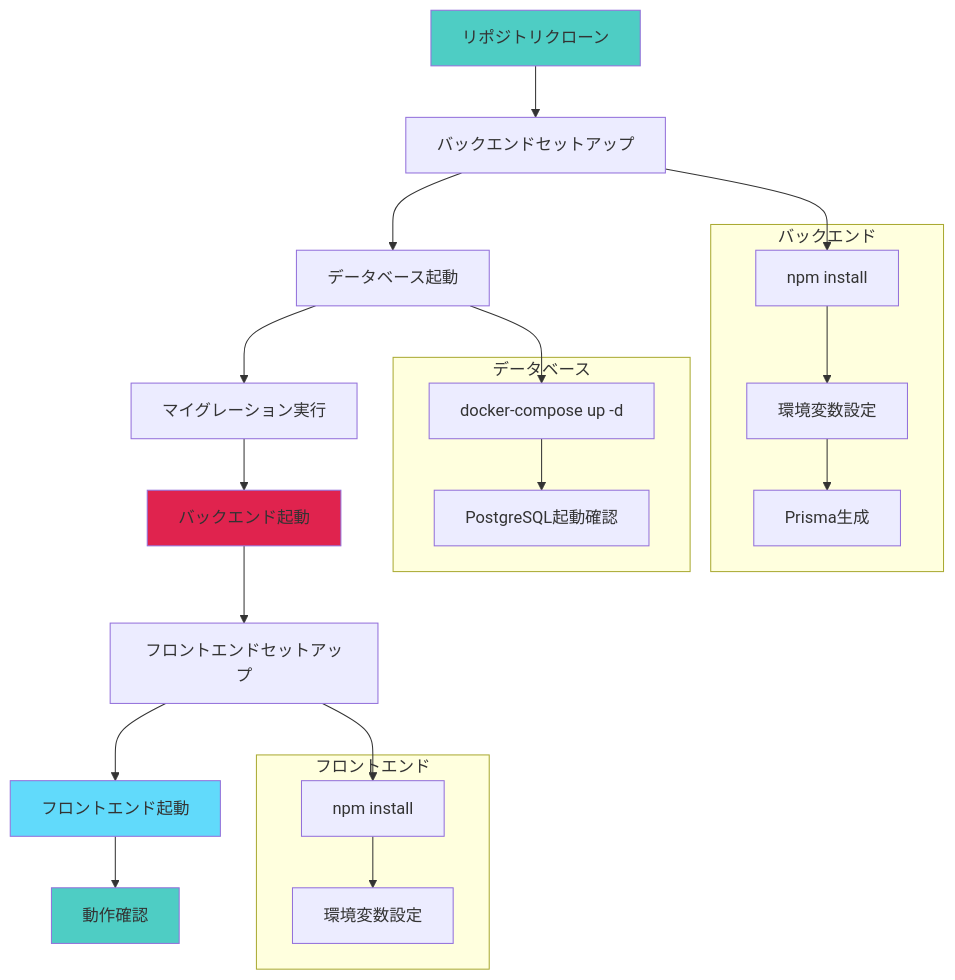
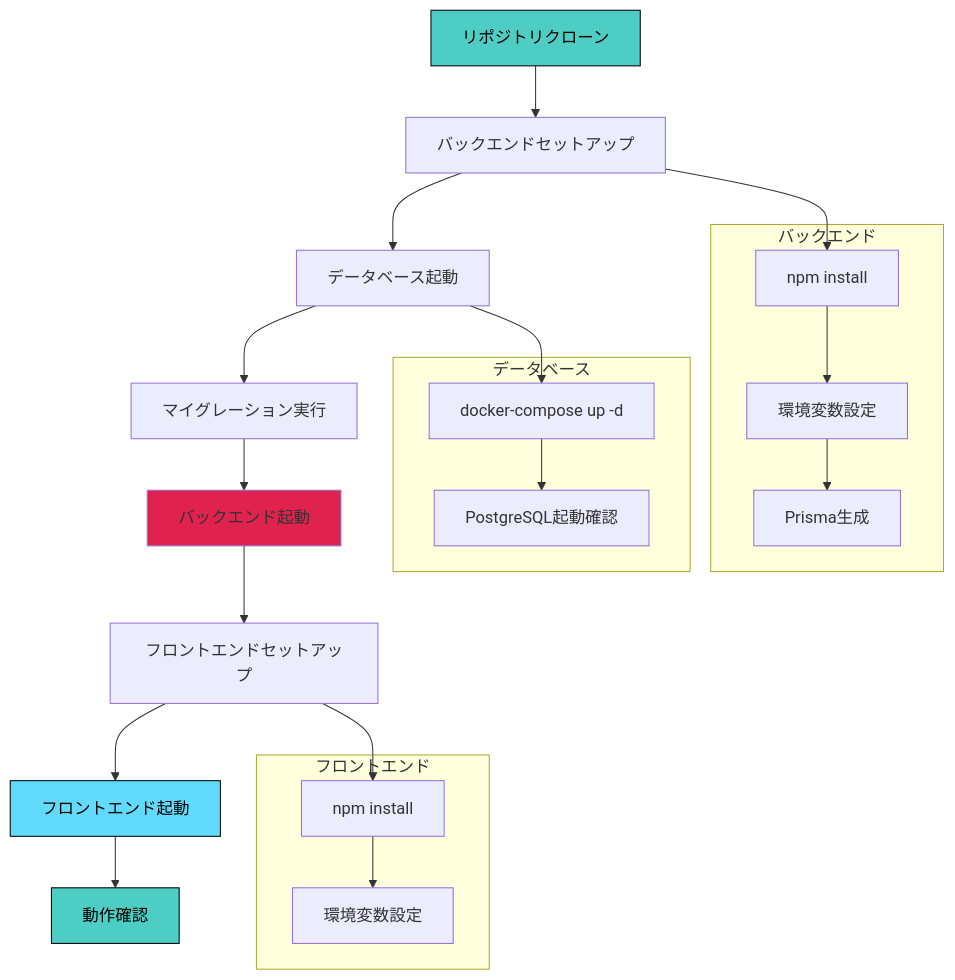
The fifth of 6 diagrams in README.md (hideaki1979/ud_NestJS_GraphQL), drawn with Mermaid before and after one commit. The commit also changed other lines of this file, not shown here.

Commit message:
feat: README見直し

````diff
--- a/README.md
+++ b/README.md
@@ -200,43 +200,43 @@
 ```mermaid
 graph TD
     A[リポジトリクローン] --> B[バックエンドセットアップ]
     B --> C[データベース起動]
     C --> D[マイグレーション実行]
     D --> E[バックエンド起動]
     E --> F[フロントエンドセットアップ]
     F --> G[フロントエンド起動]
     G --> H[動作確認]
 
     subgraph "バックエンド"
         B1[npm install]
         B2[環境変数設定]
         B3[Prisma生成]
     end
 
     subgraph "データベース"
         C1[docker-compose up -d]
         C2[PostgreSQL起動確認]
     end
 
     subgraph "フロントエンド"
         F1[npm install]
         F2[環境変数設定]
     end
 
     B --> B1
     B1 --> B2
     B2 --> B3
     C --> C1
     C1 --> C2
     F --> F1
     F1 --> F2
 
-    classDef startEndStyle fill:#4ecdc4
+    classDef startEndStyle fill:#4ecdc4,stroke:#000,color:#000
     classDef backendStyle fill:#e0234e
-    classDef frontendStyle fill:#61dafb
+    classDef frontendStyle fill:#61dafb,stroke:#000,color:#000
 
     class A startEndStyle
     class H startEndStyle
     class E backendStyle
     class G frontendStyle
 ```
````
